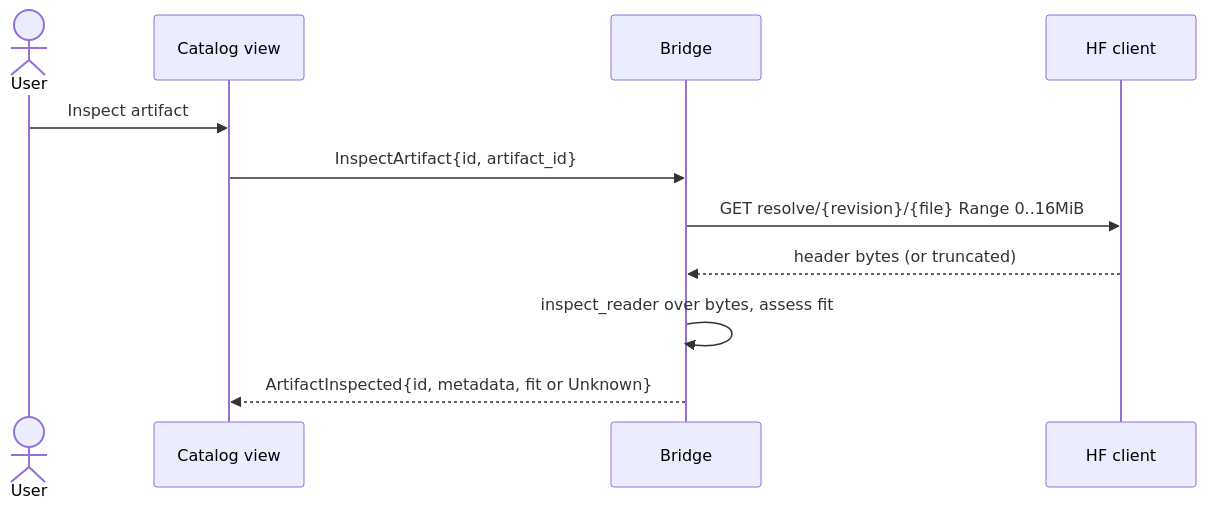
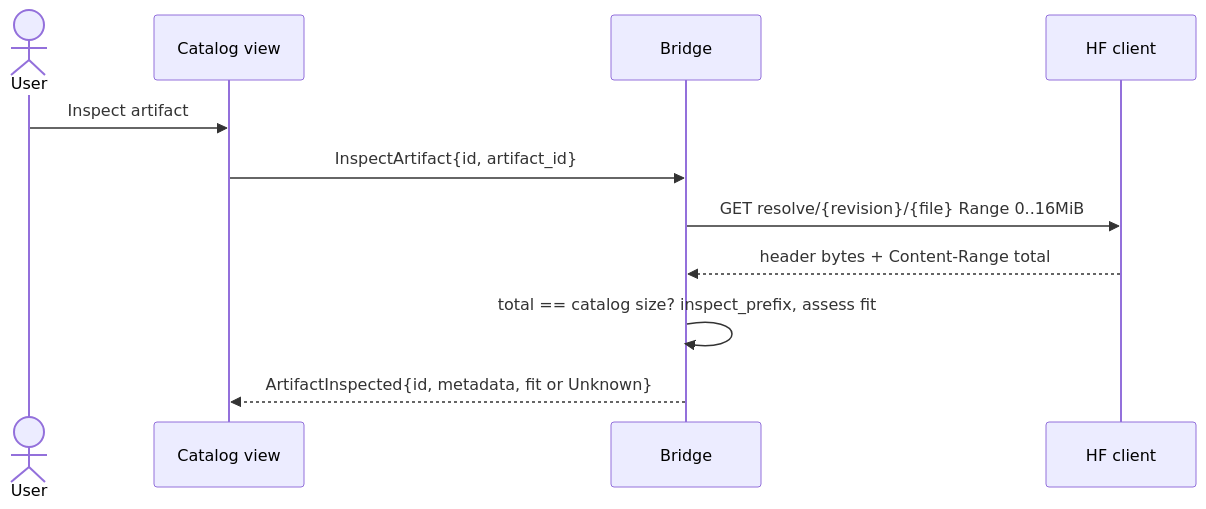
Before and after one commit to dexterhere/kvlm: the third of 7 diagrams in docs/04-roadmap/m1/Diagrams.md, drawn with Mermaid. The commit also changed other lines of this file and 2 other files, not shown here.

````diff
--- a/docs/04-roadmap/m1/Diagrams.md
+++ b/docs/04-roadmap/m1/Diagrams.md
@@ -81,13 +74,13 @@
 ```mermaid
 sequenceDiagram
     actor U as User
     participant UI as Catalog view
     participant B as Bridge
     participant H as HF client
     U->>UI: Inspect artifact
     UI->>B: InspectArtifact{id, artifact_id}
     B->>H: GET resolve/{revision}/{file} Range 0..16MiB
-    H-->>B: header bytes (or truncated)
-    B->>B: inspect_reader over bytes, assess fit
+    H-->>B: header bytes + Content-Range total
+    B->>B: total == catalog size? inspect_prefix, assess fit
     B-->>UI: ArtifactInspected{id, metadata, fit or Unknown}
 ```
````
